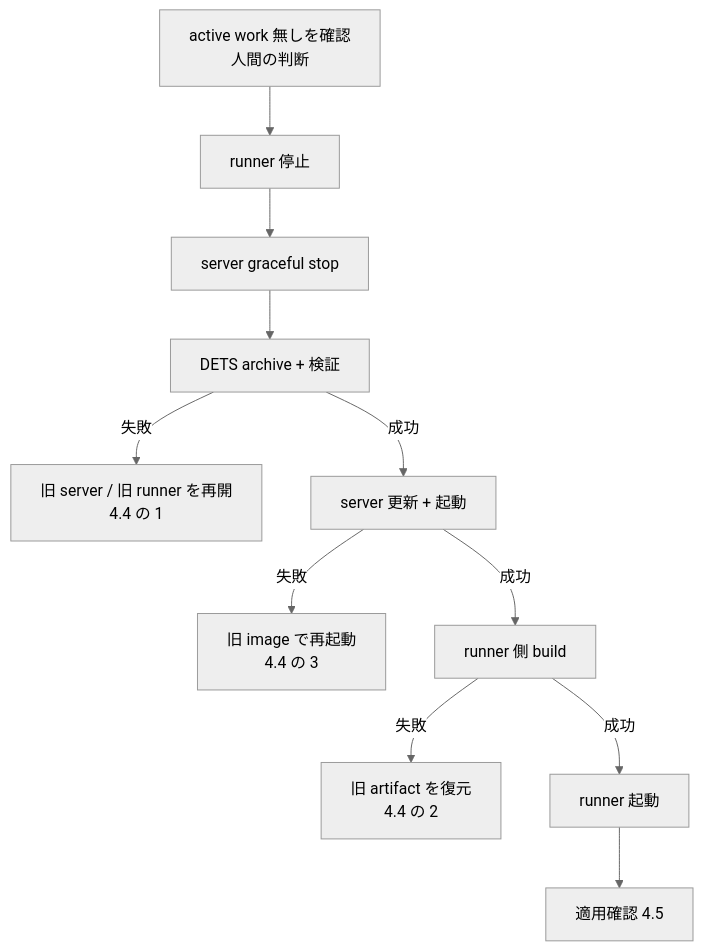
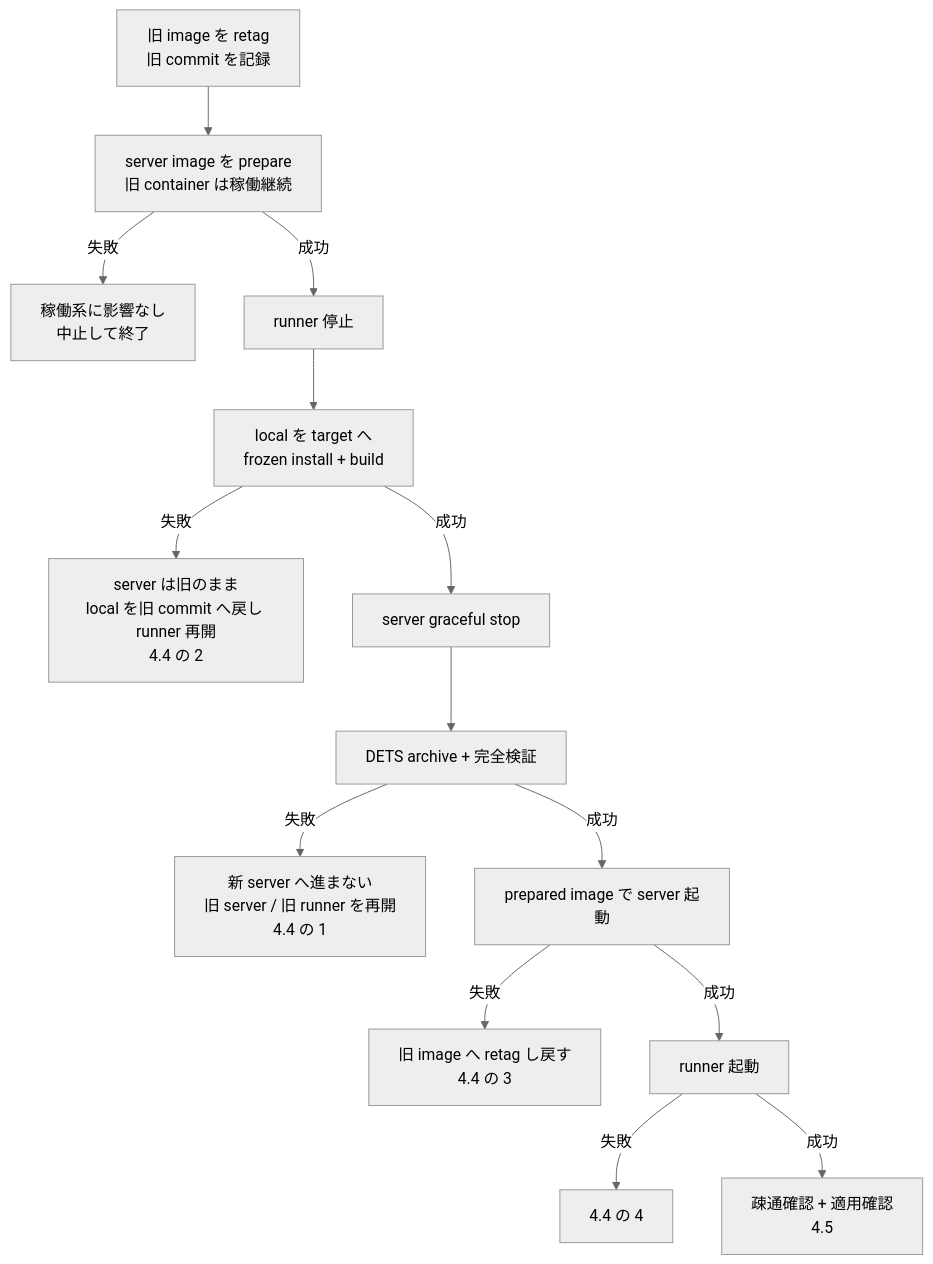
The second of 2 diagrams in docs/specs/deployment.md (sakuraiyuta/kaoiro), drawn with Mermaid (neutral theme) before and after one commit. The commit also changed other lines of this file and 1 other file, not shown here.

````diff
--- a/docs/specs/deployment.md
+++ b/docs/specs/deployment.md
@@ -359,13 +378,16 @@
 ```mermaid
 flowchart TD
-  A[active work 無しを確認<br/>人間の判断] --> B[runner 停止]
-  B --> C[server graceful stop]
-  C --> D[DETS archive + 検証]
-  D -->|失敗| R1[旧 server / 旧 runner を再開<br/>4.4 の 1]
-  D -->|成功| E[server 更新 + 起動]
-  E -->|失敗| R2[旧 image で再起動<br/>4.4 の 3]
-  E -->|成功| F[runner 側 build]
-  F -->|失敗| R3[旧 artifact を復元<br/>4.4 の 2]
-  F -->|成功| G[runner 起動]
-  G --> H[適用確認 4.5]
+  A[旧 image を retag<br/>旧 commit を記録] --> B[server image を prepare<br/>旧 container は稼働継続]
+  B -->|失敗| R0[稼働系に影響なし<br/>中止して終了]
+  B -->|成功| C[runner 停止]
+  C --> D[local を target へ<br/>frozen install + build]
+  D -->|失敗| R1[server は旧のまま<br/>local を旧 commit へ戻し runner 再開<br/>4.4 の 2]
+  D -->|成功| E[server graceful stop]
+  E --> F[DETS archive + 完全検証]
+  F -->|失敗| R2[新 server へ進まない<br/>旧 server / 旧 runner を再開<br/>4.4 の 1]
+  F -->|成功| G[prepared image で server 起動]
+  G -->|失敗| R3[旧 image へ retag し戻す<br/>4.4 の 3]
+  G -->|成功| H[runner 起動]
+  H -->|失敗| R4[4.4 の 4]
+  H -->|成功| I[疎通確認 + 適用確認<br/>4.5]
 ```
````
